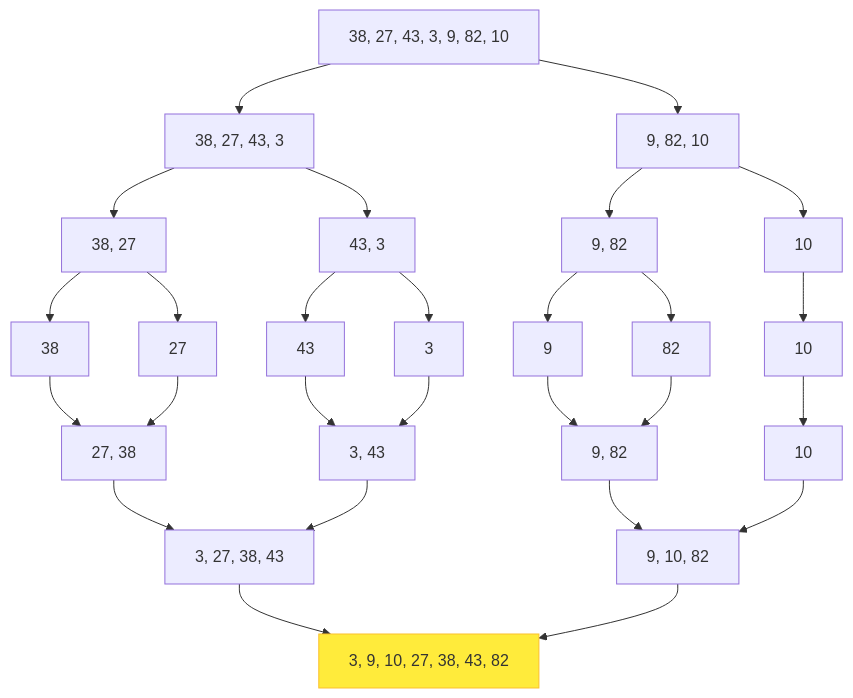
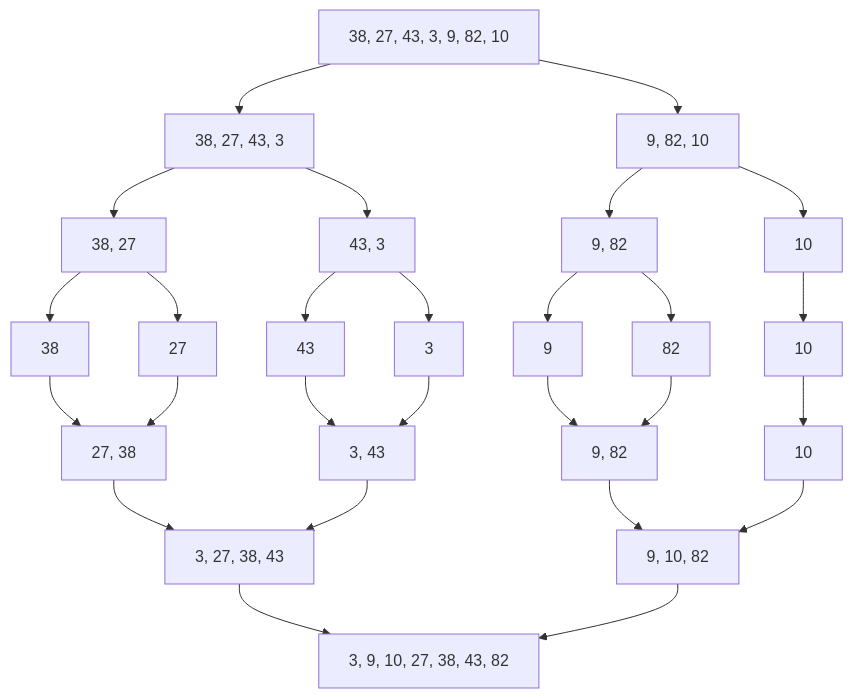
One commit to antonprafanto/dasarAI2026 changed the fourth of 5 diagrams in bab-02-algoritma.md. Above: the diagram before and after it, drawn with Mermaid. The commit also changed other lines of this file and 8 other files, not shown here.

Commit message:
Fix: Remove custom Mermaid styling for better dark mode visibility

````diff
--- a/bab-02-algoritma.md
+++ b/bab-02-algoritma.md
@@ -465,32 +455,30 @@
 ```mermaid
 graph TD
     L1_All[38, 27, 43, 3, 9, 82, 10]
 
     L1_All --> L2_Left[38, 27, 43, 3]
     L1_All --> L2_Right[9, 82, 10]
 
     L2_Left --> L3_LL[38, 27]
     L2_Left --> L3_LR[43, 3]
     L2_Right --> L3_RL[9, 82]
     L2_Right --> L3_RR[10]
 
     L3_LL --> L4_1[38]
     L3_LL --> L4_2[27]
     L3_LR --> L4_3[43]
     L3_LR --> L4_4[3]
     L3_RL --> L4_5[9]
     L3_RL --> L4_6[82]
     L3_RR --> L4_7[10]
 
     L4_1 & L4_2 --> C1[27, 38]
     L4_3 & L4_4 --> C2[3, 43]
     L4_5 & L4_6 --> C3[9, 82]
     L4_7 --> C4[10]
 
     C1 & C2 --> M1[3, 27, 38, 43]
     C3 & C4 --> M2[9, 10, 82]
 
     M1 & M2 --> Final[3, 9, 10, 27, 38, 43, 82]
-
-    style Final fill:#FFEB3B,stroke:#FBC02D
 ```
````
